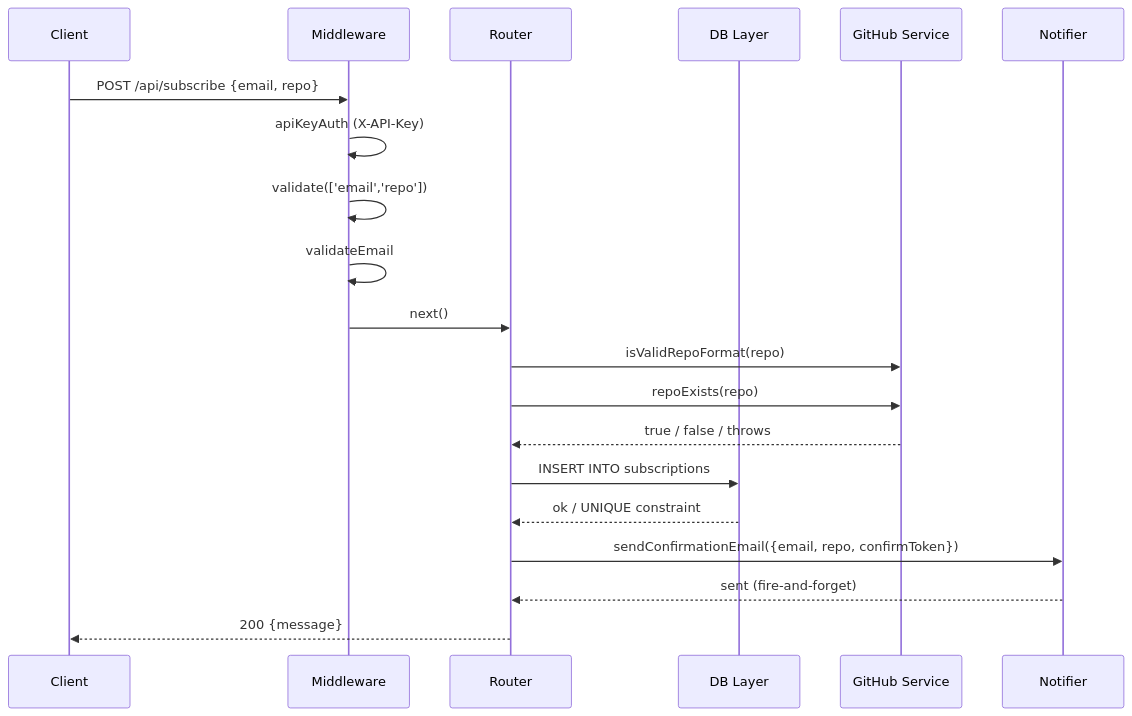
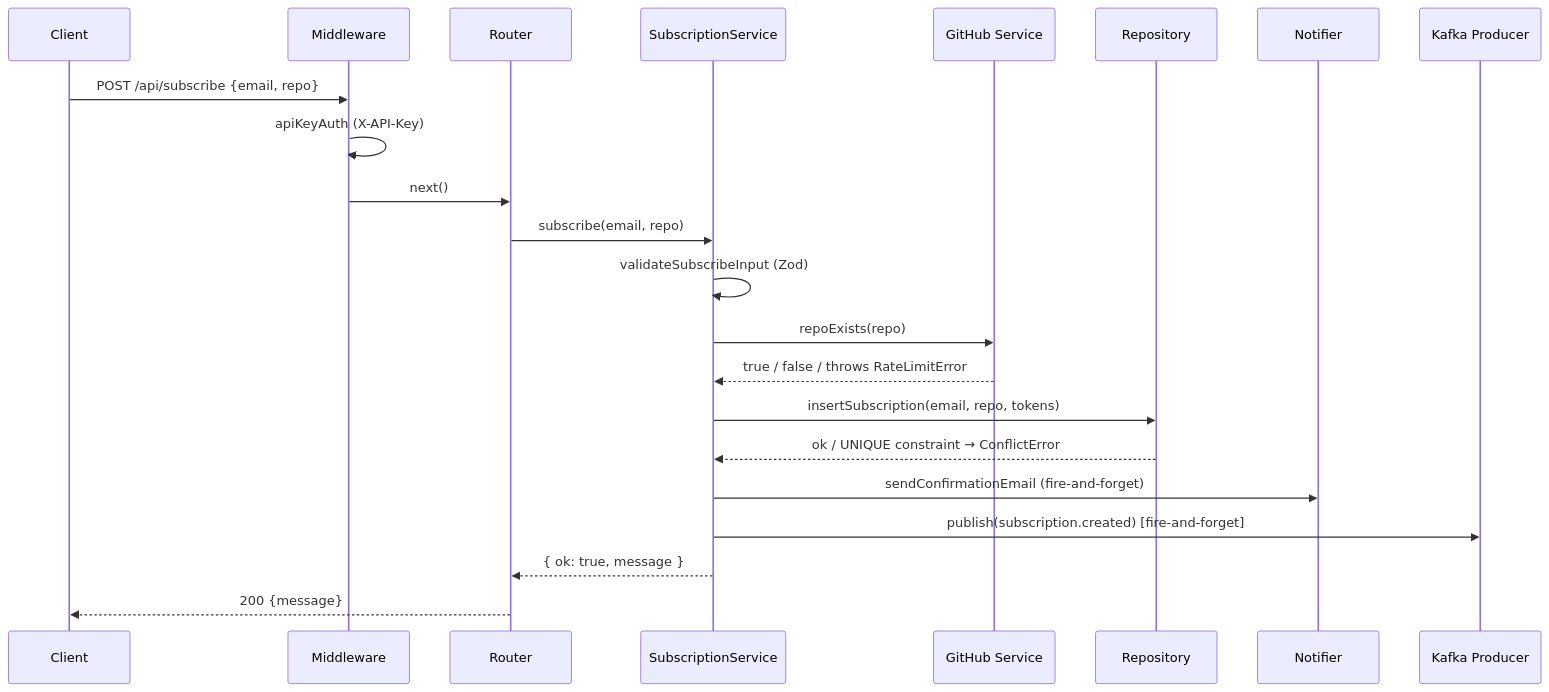
The fourth of 10 diagrams in docs/SYSTEM_DESIGN.md (GenesisEducationKyiv/software-engineering-school-6-0-Official-Echo), drawn with Mermaid before and after one commit. The commit also changed other lines of this file, not shown here.

Commit message:
docs: Shorten System Design document, add Kafka

````diff
--- a/docs/SYSTEM_DESIGN.md
+++ b/docs/SYSTEM_DESIGN.md
@@ -253,23 +156,25 @@
 ```mermaid
 sequenceDiagram
     participant C as Client
     participant MW as Middleware
     participant R as Router
-    participant DB as DB Layer
+    participant SVC as SubscriptionService
     participant GH as GitHub Service
+    participant DB as Repository
     participant NF as Notifier
+    participant KP as Kafka Producer
 
     C->>MW: POST /api/subscribe {email, repo}
     MW->>MW: apiKeyAuth (X-API-Key)
-    MW->>MW: validate(['email','repo'])
-    MW->>MW: validateEmail
     MW->>R: next()
-    R->>GH: isValidRepoFormat(repo)
-    R->>GH: repoExists(repo)
-    GH-->>R: true / false / throws
-    R->>DB: INSERT INTO subscriptions
-    DB-->>R: ok / UNIQUE constraint
-    R->>NF: sendConfirmationEmail({email, repo, confirmToken})
-    NF-->>R: sent (fire-and-forget)
+    R->>SVC: subscribe(email, repo)
+    SVC->>SVC: validateSubscribeInput (Zod)
+    SVC->>GH: repoExists(repo)
+    GH-->>SVC: true / false / throws RateLimitError
+    SVC->>DB: insertSubscription(email, repo, tokens)
+    DB-->>SVC: ok / UNIQUE constraint → ConflictError
+    SVC->>NF: sendConfirmationEmail (fire-and-forget)
+    SVC->>KP: publish(subscription.created) [fire-and-forget]
+    SVC-->>R: { ok: true, message }
     R-->>C: 200 {message}
 ```
````
